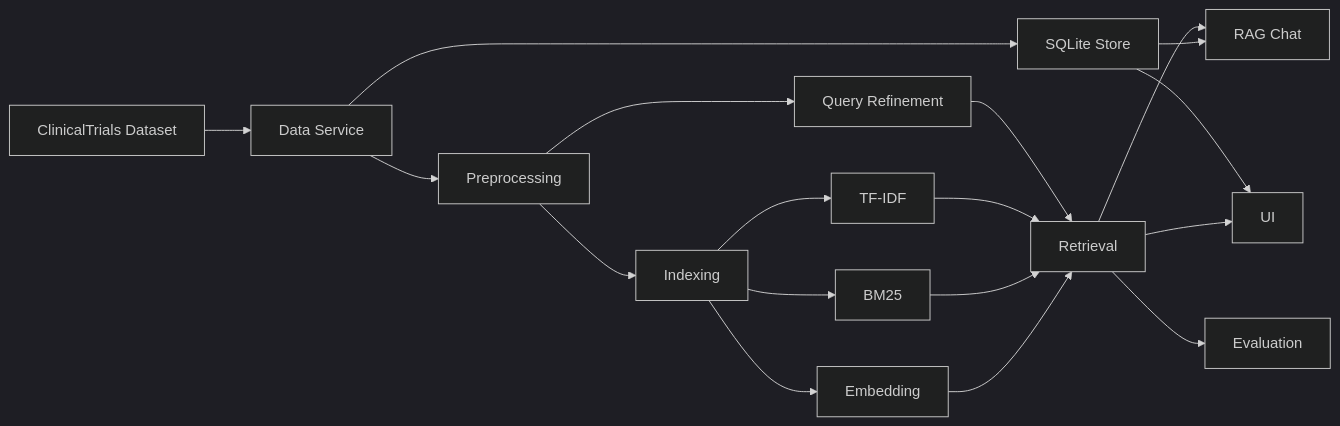
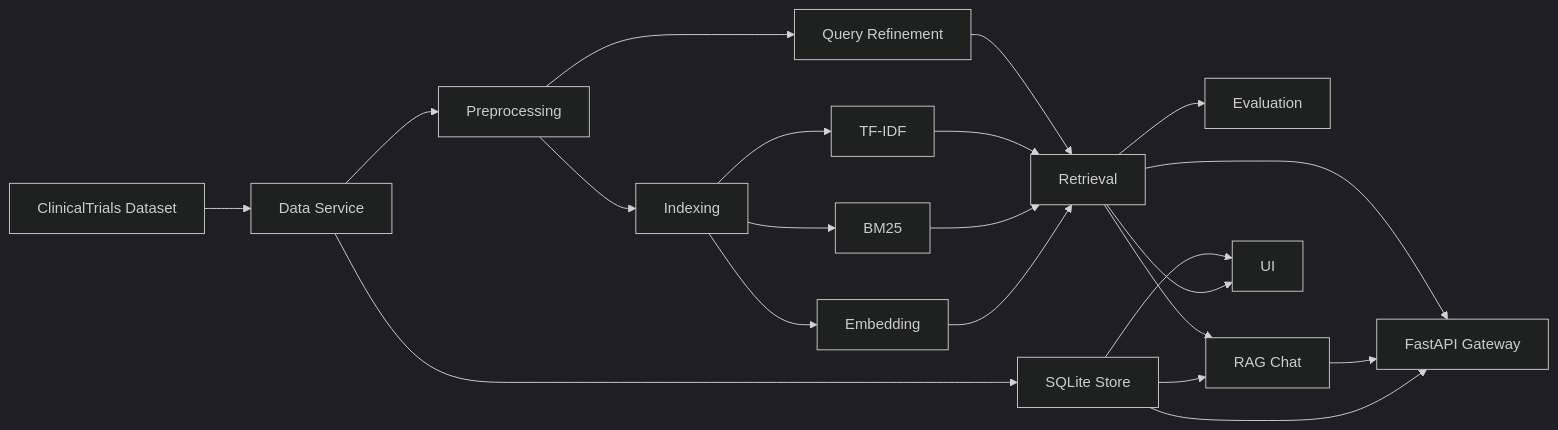
Before and after one commit to khaderaldiwani/ir_project: the diagram in reports/report_ar.md, drawn with Mermaid (dark theme). The commit also changed other lines of this file and 25 other files, not shown here.

````diff
--- a/reports/report_ar.md
+++ b/reports/report_ar.md
@@ -83,20 +99,23 @@
 ```mermaid
 flowchart LR
     A["ClinicalTrials Dataset"] --> B["Data Service"]
     B --> C["SQLite Store"]
     B --> D["Preprocessing"]
     D --> E["Indexing"]
     E --> F["TF-IDF"]
     E --> G["BM25"]
     E --> H["Embedding"]
     D --> Q["Query Refinement"]
     Q --> I["Retrieval"]
     F --> I
     G --> I
     H --> I
     I --> J["Evaluation"]
     I --> K["RAG Chat"]
     C --> K
     C --> L["UI"]
     I --> L
+    I --> M["FastAPI Gateway"]
+    K --> M
+    C --> M
 ```
````
